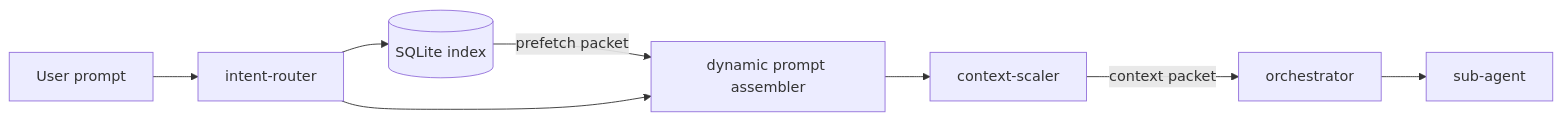
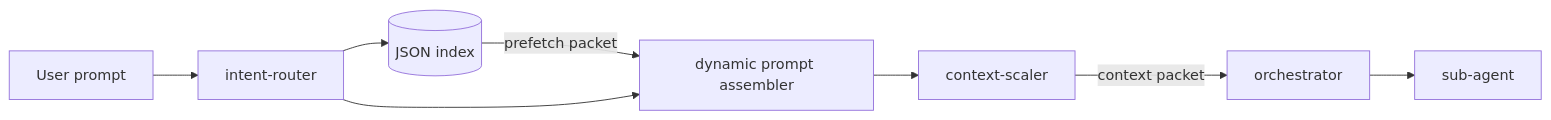
The first of 2 diagrams in docs/CONTEXT-SOP.md (jahrulnr/sapaloq), drawn with Mermaid before and after one commit. The commit also changed other lines of this file and 34 other files, not shown here.

````diff
--- a/docs/CONTEXT-SOP.md
+++ b/docs/CONTEXT-SOP.md
@@ -82,18 +82,18 @@
 ```mermaid
 flowchart LR
   IN[User prompt]
   IR[intent-router]
-  IX[(SQLite index)]
+  IX[(JSON index)]
   DP[dynamic prompt assembler]
   CS[context-scaler]
   ORCH[orchestrator]
   SUB[sub-agent]
 
   IN --> IR
   IR --> IX
   IX -->|prefetch packet| DP
   IR --> DP
   DP --> CS
   CS -->|context packet| ORCH
   ORCH --> SUB
 ```
````
